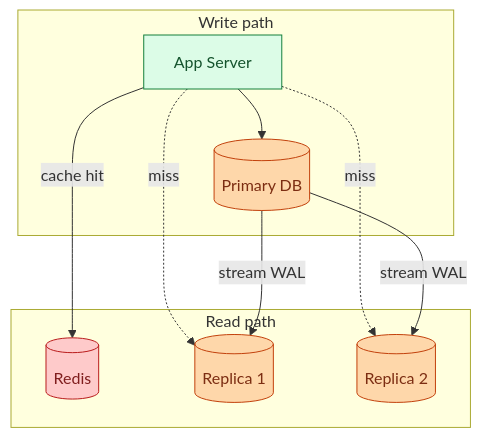
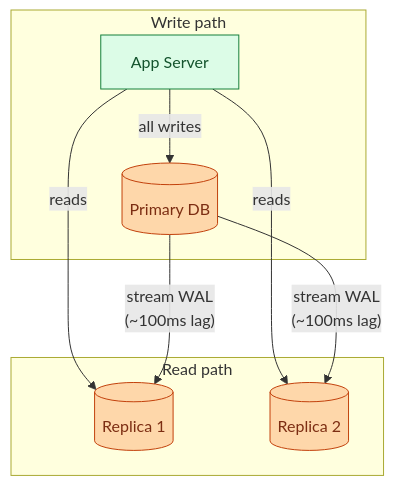
Before and after one commit to shiningflash/system-design: the sixth of 13 diagrams in problems/017-read-heavy-patterns/question.md, drawn with Mermaid. The commit also changed other lines of this file and 37 other files, not shown here.

````diff
--- a/problems/017-read-heavy-patterns/question.md
+++ b/problems/017-read-heavy-patterns/question.md
@@ -185,17 +157,15 @@
 ```mermaid
 flowchart TB
-    subgraph WritePath["Write path"]
-        App["App Server"]:::app --> P[("Primary DB")]:::db
+    subgraph Write["Write path"]
+        App["App Server"]:::app -->|"all writes"| P[("Primary DB")]:::db
     end
-    subgraph ReadPath["Read path"]
-        App -->|"cache hit"| Redis[("Redis")]:::cache
-        App -.miss.-> Rep1[("Replica 1")]:::db
-        App -.miss.-> Rep2[("Replica 2")]:::db
+    subgraph Read["Read path"]
+        App -->|"reads"| Rep1[("Replica 1")]:::db
+        App -->|"reads"| Rep2[("Replica 2")]:::db
     end
-    P -->|"stream WAL"| Rep1
-    P -->|"stream WAL"| Rep2
+    P -->|"stream WAL\n(~100ms lag)"| Rep1
+    P -->|"stream WAL\n(~100ms lag)"| Rep2
 
     classDef app fill:#dcfce7,stroke:#15803d,color:#14532d
-    classDef cache fill:#fecaca,stroke:#b91c1c,color:#7f1d1d
     classDef db fill:#fed7aa,stroke:#c2410c,color:#7c2d12
 ```
````
